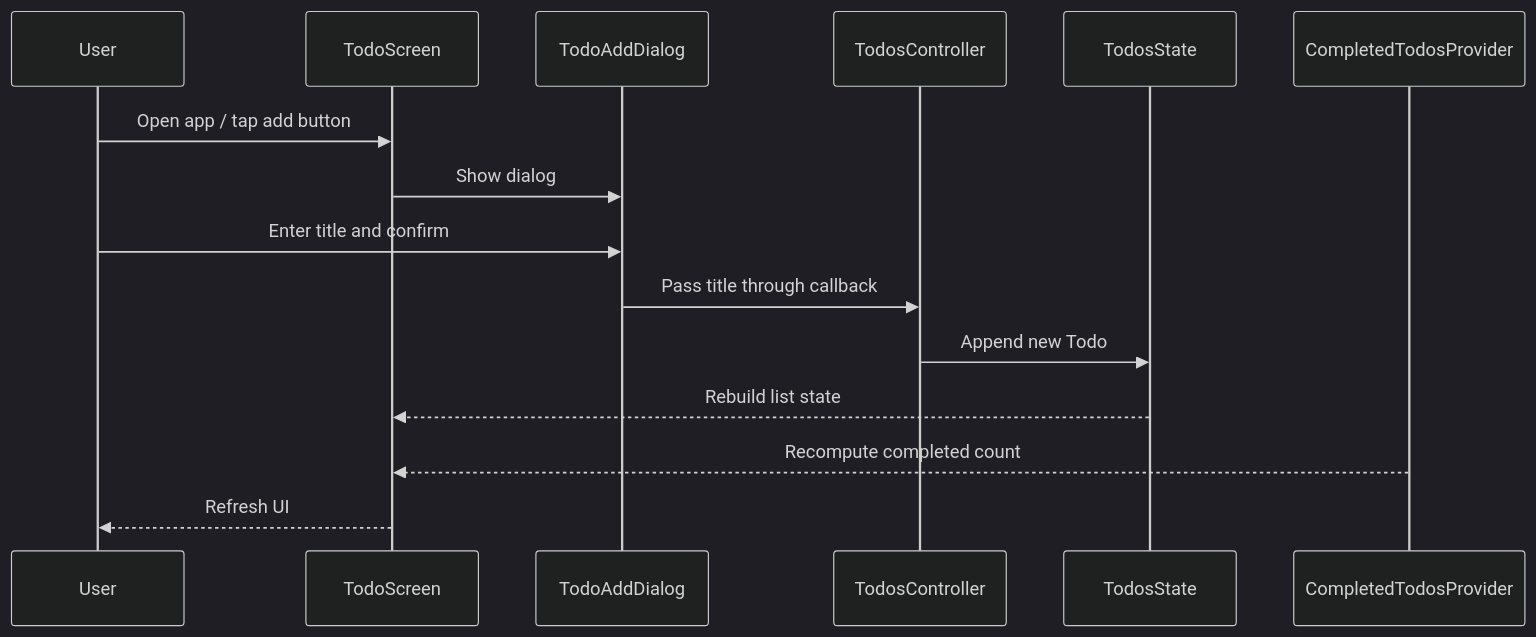
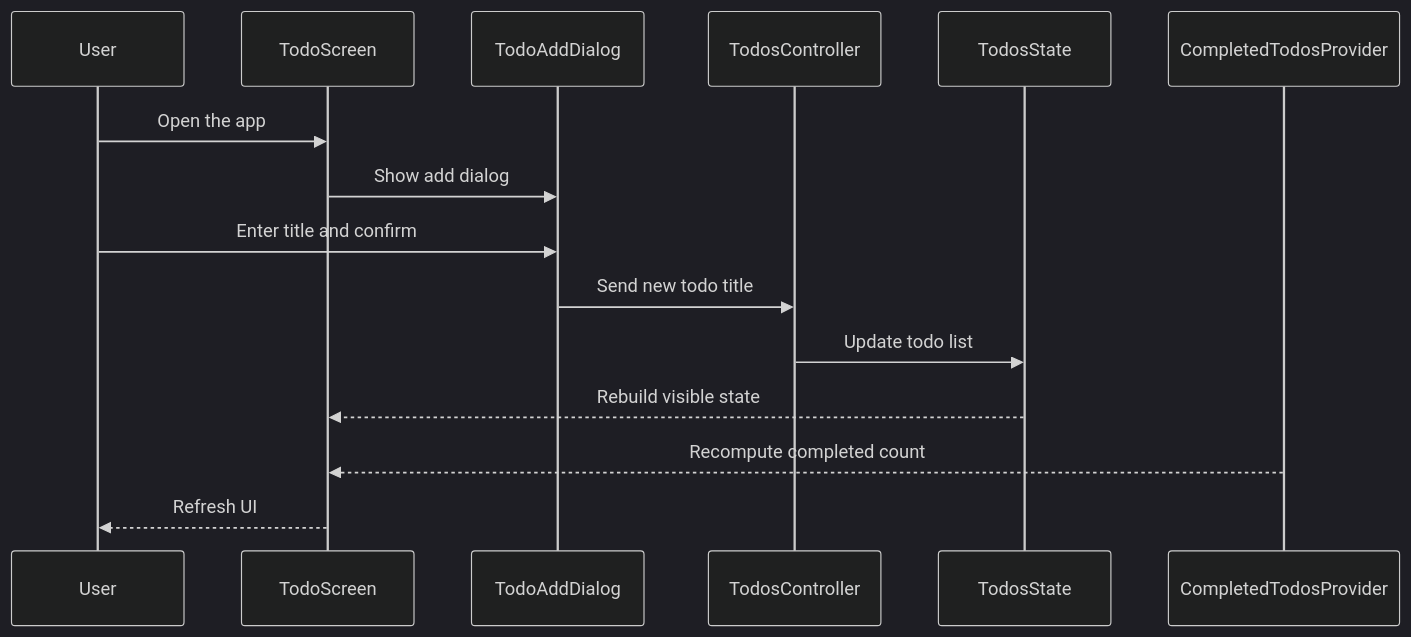
One commit to mraj555/tick_it changed the third of 4 diagrams in README.md. Above: the diagram before and after it, drawn with Mermaid (dark theme). The commit also changed other lines of this file and 5 other files, not shown here.

Commit message:
Refactor Todo feature: update README for clarity, enhance TodosController with improved methods, and modify TodoTile and OverviewCard for better UI interaction.

````diff
--- a/README.md
+++ b/README.md
@@ -94,18 +71,18 @@
 ```mermaid
 sequenceDiagram
     participant User
     participant TodoScreen
     participant TodoAddDialog
     participant TodosController
     participant TodosState
     participant CompletedTodosProvider
 
-    User->>TodoScreen: Open app / tap add button
-    TodoScreen->>TodoAddDialog: Show dialog
+    User->>TodoScreen: Open the app
+    TodoScreen->>TodoAddDialog: Show add dialog
     User->>TodoAddDialog: Enter title and confirm
-    TodoAddDialog->>TodosController: Pass title through callback
-    TodosController->>TodosState: Append new Todo
-    TodosState-->>TodoScreen: Rebuild list state
+    TodoAddDialog->>TodosController: Send new todo title
+    TodosController->>TodosState: Update todo list
+    TodosState-->>TodoScreen: Rebuild visible state
     CompletedTodosProvider-->>TodoScreen: Recompute completed count
     TodoScreen-->>User: Refresh UI
 ```
````
